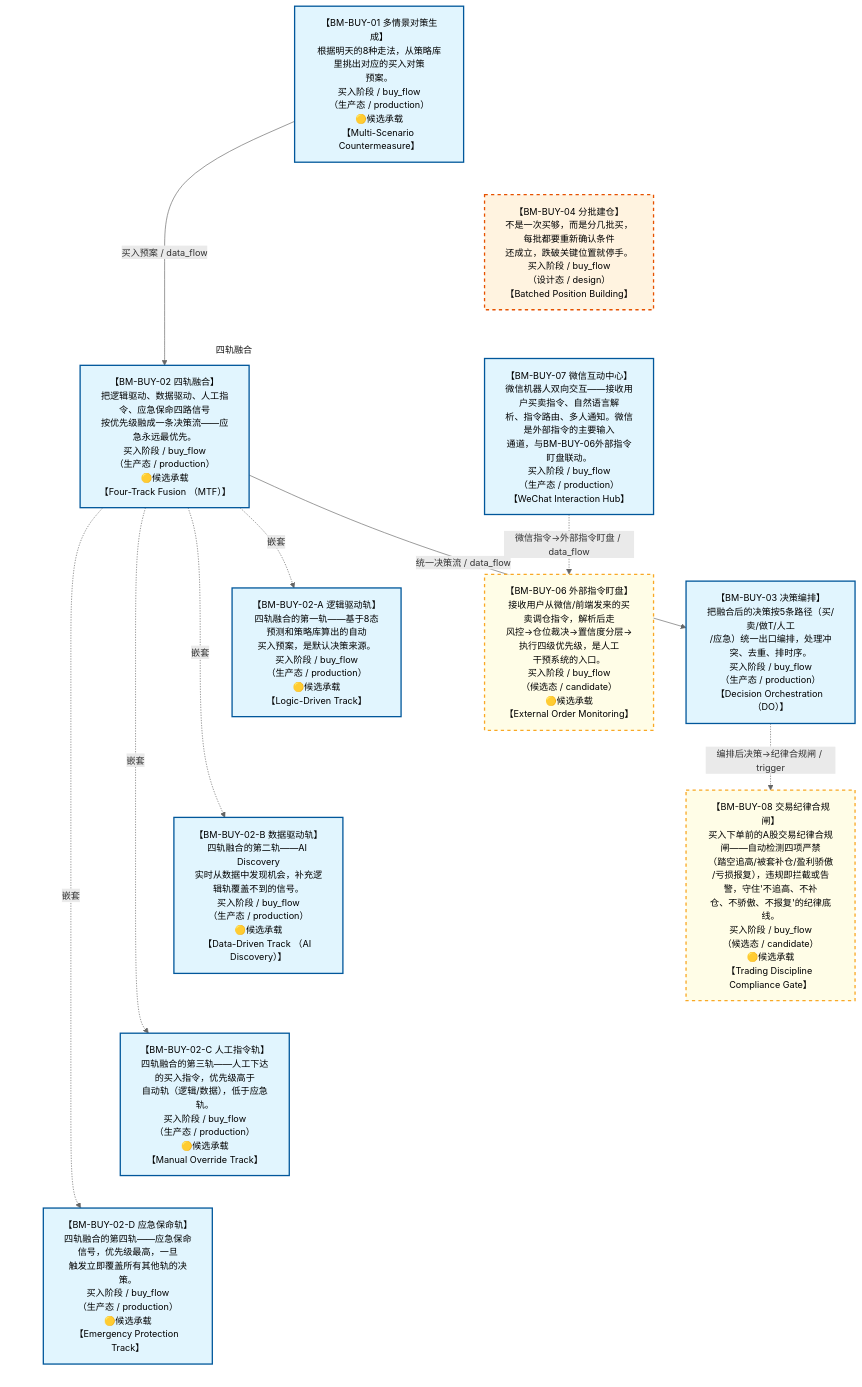
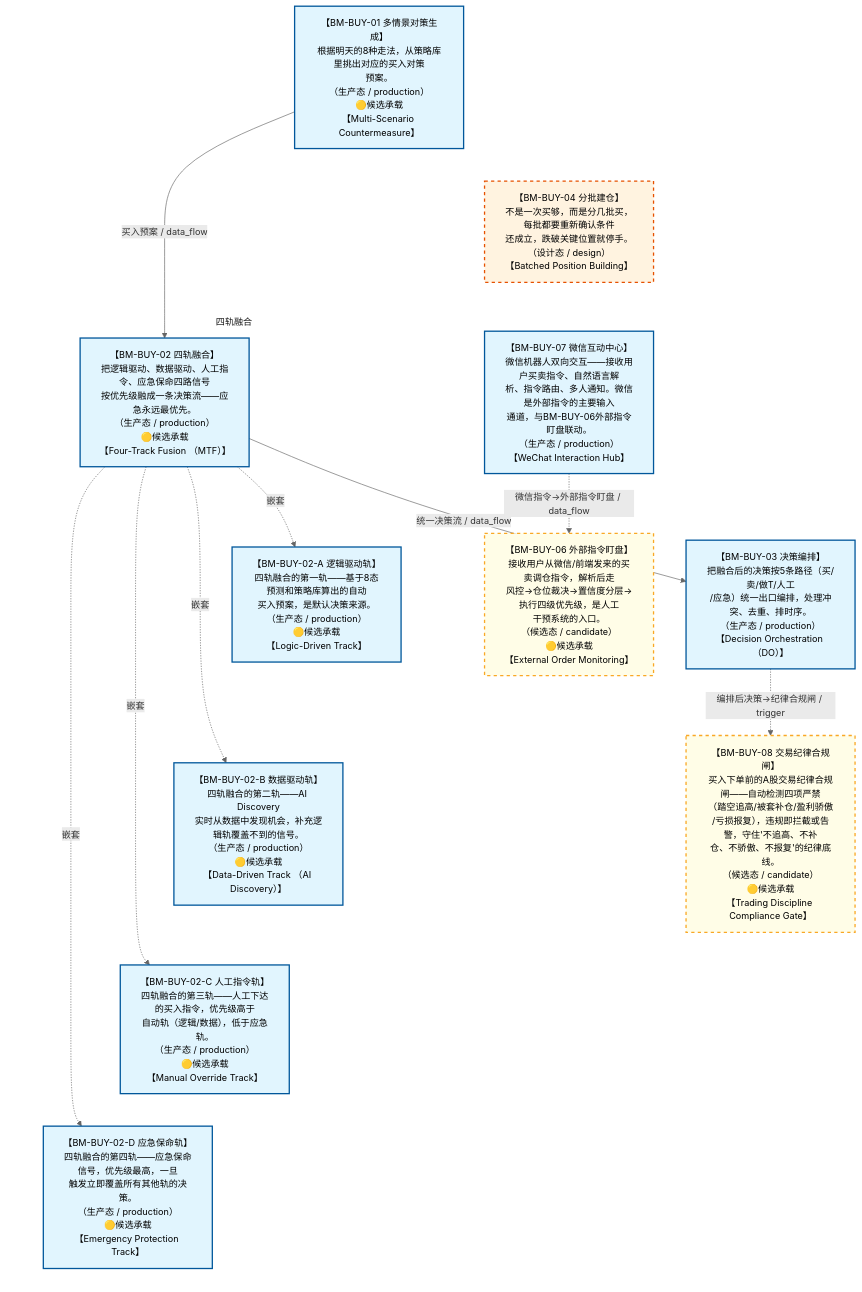
Before and after one commit to xuanFelixVan/ZephyrAlpha: the diagram in docs/02_enterprise_architecture/07_trading_decision_architecture/battle_map/battle_map_06_buy_flow.md, drawn with Mermaid. The commit also changed 173 other files, not shown here.

````diff
--- a/docs/02_enterprise_architecture/07_trading_decision_architecture/battle_map/battle_map_06_buy_flow.md
+++ b/docs/02_enterprise_architecture/07_trading_decision_architecture/battle_map/battle_map_06_buy_flow.md
@@ -38,36 +38,36 @@
 ```mermaid
 %%{init: {'theme': 'base', 'themeVariables': {'primaryColor': '#eaeaea', 'primaryTextColor': '#333333', 'primaryBorderColor': '#666666', 'lineColor': '#666666', 'secondaryColor': '#eaeaea', 'tertiaryColor': '#eaeaea', 'clusterBkg': 'transparent', 'clusterBorder': 'transparent', 'fontSize': '14px'}}}%%
 %% 买入阶段图
 flowchart TD
-    BM_BUY_01["【BM-BUY-01 多情景对策生成】<br/>根据明天的8种走法，从策略库里挑出对应的买入对策<br/>预案。<br/>买入阶段 / buy_flow<br/>（生产态 / production）<br/>🟡候选承载<br/>【Multi-Scenario Countermeasure】"]
+    BM_BUY_01["【BM-BUY-01 多情景对策生成】<br/>根据明天的8种走法，从策略库里挑出对应的买入对策<br/>预案。<br/>（生产态 / production）<br/>🟡候选承载<br/>【Multi-Scenario Countermeasure】"]
     subgraph sg_BM_BUY_02 ["四轨融合"]
-        BM_BUY_02["【BM-BUY-02 四轨融合】<br/>把逻辑驱动、数据驱动、人工指令、应急保命四路信号<br/>按优先级融成一条决策流——应急永远最优先。<br/>买入阶段 / buy_flow<br/>（生产态 / production）<br/>🟡候选承载<br/>【Four-Track Fusion （MTF）】"]
-        BM_BUY_02_A["【BM-BUY-02-A 逻辑驱动轨】<br/>四轨融合的第一轨——基于8态预测和策略库算出的自动<br/>买入预案，是默认决策来源。<br/>买入阶段 / buy_flow<br/>（生产态 / production）<br/>🟡候选承载<br/>【Logic-Driven Track】"]
-        BM_BUY_02_B["【BM-BUY-02-B 数据驱动轨】<br/>四轨融合的第二轨——AI Discovery<br/>实时从数据中发现机会，补充逻辑轨覆盖不到的信号。<br/>买入阶段 / buy_flow<br/>（生产态 / production）<br/>🟡候选承载<br/>【Data-Driven Track （AI Discovery）】"]
-        BM_BUY_02_C["【BM-BUY-02-C 人工指令轨】<br/>四轨融合的第三轨——人工下达的买入指令，优先级高于<br/>自动轨（逻辑/数据），低于应急轨。<br/>买入阶段 / buy_flow<br/>（生产态 / production）<br/>🟡候选承载<br/>【Manual Override Track】"]
-        BM_BUY_02_D["【BM-BUY-02-D 应急保命轨】<br/>四轨融合的第四轨——应急保命信号，优先级最高，一旦<br/>触发立即覆盖所有其他轨的决策。<br/>买入阶段 / buy_flow<br/>（生产态 / production）<br/>🟡候选承载<br/>【Emergency Protection Track】"]
+        BM_BUY_02["【BM-BUY-02 四轨融合】<br/>把逻辑驱动、数据驱动、人工指令、应急保命四路信号<br/>按优先级融成一条决策流——应急永远最优先。<br/>（生产态 / production）<br/>🟡候选承载<br/>【Four-Track Fusion （MTF）】"]
+        BM_BUY_02_A["【BM-BUY-02-A 逻辑驱动轨】<br/>四轨融合的第一轨——基于8态预测和策略库算出的自动<br/>买入预案，是默认决策来源。<br/>（生产态 / production）<br/>🟡候选承载<br/>【Logic-Driven Track】"]
+        BM_BUY_02_B["【BM-BUY-02-B 数据驱动轨】<br/>四轨融合的第二轨——AI Discovery<br/>实时从数据中发现机会，补充逻辑轨覆盖不到的信号。<br/>（生产态 / production）<br/>🟡候选承载<br/>【Data-Driven Track （AI Discovery）】"]
+        BM_BUY_02_C["【BM-BUY-02-C 人工指令轨】<br/>四轨融合的第三轨——人工下达的买入指令，优先级高于<br/>自动轨（逻辑/数据），低于应急轨。<br/>（生产态 / production）<br/>🟡候选承载<br/>【Manual Override Track】"]
+        BM_BUY_02_D["【BM-BUY-02-D 应急保命轨】<br/>四轨融合的第四轨——应急保命信号，优先级最高，一旦<br/>触发立即覆盖所有其他轨的决策。<br/>（生产态 / production）<br/>🟡候选承载<br/>【Emergency Protection Track】"]
         BM_BUY_02 -.->|嵌套| BM_BUY_02_A
         BM_BUY_02 -.->|嵌套| BM_BUY_02_B
         BM_BUY_02 -.->|嵌套| BM_BUY_02_C
         BM_BUY_02 -.->|嵌套| BM_BUY_02_D
     end
-    BM_BUY_03["【BM-BUY-03 决策编排】<br/>把融合后的决策按5条路径（买/卖/做T/人工<br/>/应急）统一出口编排，处理冲突、去重、排时序。<br/>买入阶段 / buy_flow<br/>（生产态 / production）<br/>【Decision Orchestration （DO）】"]
-    BM_BUY_04["【BM-BUY-04 分批建仓】<br/>不是一次买够，而是分几批买，每批都要重新确认条件<br/>还成立，跌破关键位置就停手。<br/>买入阶段 / buy_flow<br/>（设计态 / design）<br/>【Batched Position Building】"]
-    BM_BUY_06["【BM-BUY-06 外部指令盯盘】<br/>接收用户从微信/前端发来的买卖调仓指令，解析后走<br/>风控→仓位裁决→置信度分层→执行四级优先级，是人工<br/>干预系统的入口。<br/>买入阶段 / buy_flow<br/>（候选态 / candidate）<br/>🟡候选承载<br/>【External Order Monitoring】"]
-    BM_BUY_07["【BM-BUY-07 微信互动中心】<br/>微信机器人双向交互——接收用户买卖指令、自然语言解<br/>析、指令路由、多人通知。微信是外部指令的主要输入<br/>通道，与BM-BUY-06外部指令盯盘联动。<br/>买入阶段 / buy_flow<br/>（生产态 / production）<br/>【WeChat Interaction Hub】"]
-    BM_BUY_08["【BM-BUY-08 交易纪律合规闸】<br/>买入下单前的A股交易纪律合规闸——自动检测四项严禁<br/>（踏空追高/被套补仓/盈利骄傲<br/>/亏损报复），违规即拦截或告警，守住'不追高、不补<br/>仓、不骄傲、不报复'的纪律底线。<br/>买入阶段 / buy_flow<br/>（候选态 / candidate）<br/>🟡候选承载<br/>【Trading Discipline Compliance Gate】"]
+    BM_BUY_03["【BM-BUY-03 决策编排】<br/>把融合后的决策按5条路径（买/卖/做T/人工<br/>/应急）统一出口编排，处理冲突、去重、排时序。<br/>（生产态 / production）<br/>【Decision Orchestration （DO）】"]
+    BM_BUY_04["【BM-BUY-04 分批建仓】<br/>不是一次买够，而是分几批买，每批都要重新确认条件<br/>还成立，跌破关键位置就停手。<br/>（设计态 / design）<br/>【Batched Position Building】"]
+    BM_BUY_06["【BM-BUY-06 外部指令盯盘】<br/>接收用户从微信/前端发来的买卖调仓指令，解析后走<br/>风控→仓位裁决→置信度分层→执行四级优先级，是人工<br/>干预系统的入口。<br/>（候选态 / candidate）<br/>🟡候选承载<br/>【External Order Monitoring】"]
+    BM_BUY_07["【BM-BUY-07 微信互动中心】<br/>微信机器人双向交互——接收用户买卖指令、自然语言解<br/>析、指令路由、多人通知。微信是外部指令的主要输入<br/>通道，与BM-BUY-06外部指令盯盘联动。<br/>（生产态 / production）<br/>【WeChat Interaction Hub】"]
+    BM_BUY_08["【BM-BUY-08 交易纪律合规闸】<br/>买入下单前的A股交易纪律合规闸——自动检测四项严禁<br/>（踏空追高/被套补仓/盈利骄傲<br/>/亏损报复），违规即拦截或告警，守住'不追高、不补<br/>仓、不骄傲、不报复'的纪律底线。<br/>（候选态 / candidate）<br/>🟡候选承载<br/>【Trading Discipline Compliance Gate】"]
     BM_BUY_01 ~~~ BM_BUY_04 ~~~ BM_BUY_07 ~~~ BM_BUY_02_A ~~~ BM_BUY_02_B ~~~ BM_BUY_02_C ~~~ BM_BUY_02_D
     BM_BUY_02 ~~~ BM_BUY_06
     BM_BUY_01 -->|买入预案 / data_flow| BM_BUY_02
     BM_BUY_02 -->|统一决策流 / data_flow| BM_BUY_03
     BM_BUY_07 -.->|微信指令→外部指令盯盘 / data_flow| BM_BUY_06
     BM_BUY_03 -.->|编排后决策→纪律合规闸 / trigger| BM_BUY_08
 classDef production fill:#e1f5fe,stroke:#01579b,stroke-width:2px,color:#000
 classDef design fill:#fff3e0,stroke:#e65100,stroke-width:2px,color:#000,stroke-dasharray: 5 5
 classDef deprecated fill:#ffebee,stroke:#c62828,stroke-width:2px,color:#000
 classDef missing fill:#eeeeee,stroke:#9e9e9e,stroke-width:2px,color:#000
 classDef candidate fill:#fffde7,stroke:#f9a825,stroke-width:2px,color:#000,stroke-dasharray: 5 5
     class BM_BUY_01,BM_BUY_02,BM_BUY_03,BM_BUY_07,BM_BUY_02_A,BM_BUY_02_B,BM_BUY_02_C,BM_BUY_02_D production
     class BM_BUY_04 design
     class BM_BUY_06,BM_BUY_08 candidate
 ```
````
